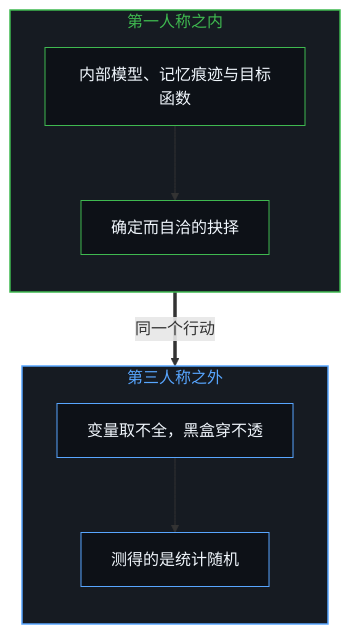
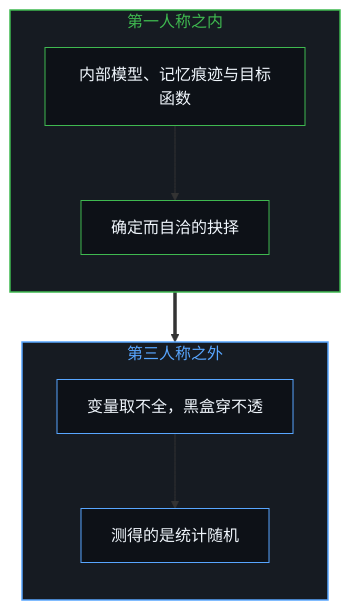
Before and after one commit to powerpig99/not-a-toe: the first of 2 diagrams in content/posts/zi-you-de-ce-bu-zhun.md, drawn with Mermaid. The commit also changed other lines of this file and 12 other files, not shown here.

````diff
--- a/content/posts/zi-you-de-ce-bu-zhun.md
+++ b/content/posts/zi-you-de-ce-bu-zhun.md
@@ -47,22 +43,22 @@
 ```mermaid
 flowchart TD
     subgraph S_In["第一人称之内"]
         direction TB
         I1["内部模型、记忆痕迹与目标函数"]
         I2["确定而自洽的抉择"]
     end
     subgraph S_Out["第三人称之外"]
         direction TB
         O1["变量取不全，黑盒穿不透"]
         O2["测得的是统计随机"]
     end
     I1 --> I2
-    I2 ==>|"同一个行动"| O1
+    I2 ==> O1
     O1 --> O2
     style S_In fill:#161b22,stroke:#3fb950,stroke-width:1.5px,color:#3fb950
     style S_Out fill:#161b22,stroke:#58a6ff,stroke-width:1.5px,color:#58a6ff
     style I1 fill:#0d1117,stroke:#3fb950,stroke-width:1px,color:#f0f6fc
     style I2 fill:#0d1117,stroke:#3fb950,stroke-width:1px,color:#f0f6fc
     style O1 fill:#0d1117,stroke:#58a6ff,stroke-width:1px,color:#f0f6fc
     style O2 fill:#0d1117,stroke:#58a6ff,stroke-width:1px,color:#f0f6fc
 ```
````
